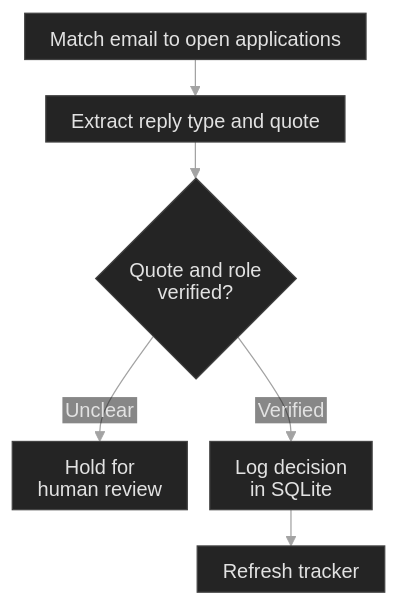
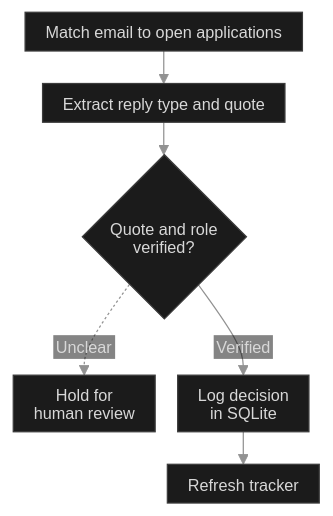
The diagram in diagrams/application-replies-compact.mmd (kazuall/finance-process-portfolio), drawn with Mermaid before and after one commit. The commit also changed 43 other files, not shown here.

```diff
--- a/diagrams/application-replies-compact.mmd
+++ b/diagrams/application-replies-compact.mmd
@@ -1,34 +1,34 @@
 ---
 config:
   theme: base
   htmlLabels: false
   themeVariables:
     darkMode: true
-    background: '#101010'
+    background: '#0a0a0a'
     fontFamily: 'Inter, -apple-system, BlinkMacSystemFont, Segoe UI, sans-serif'
-    fontSize: '16px'
-    primaryColor: '#242424'
-    primaryTextColor: '#e2e2e2'
-    primaryBorderColor: '#434343'
-    lineColor: '#a3a3a3'
-    edgeLabelBackground: '#101010'
-    textColor: '#cdcdcd'
+    fontSize: '13px'
+    primaryColor: '#1b1b1b'
+    primaryTextColor: '#d8d8d8'
+    primaryBorderColor: '#3c3c3c'
+    lineColor: '#929292'
+    edgeLabelBackground: '#0a0a0a'
+    textColor: '#d8d8d8'
   flowchart:
     htmlLabels: false
     useMaxWidth: false
     nodeSpacing: 18
-    rankSpacing: 29
-    wrappingWidth: 245
-    padding: 10
+    rankSpacing: 26
+    wrappingWidth: 220
+    padding: 8
     diagramPadding: 5
     curve: basis
-  themeCSS: 'text,tspan{font-family:system-ui,sans-serif!important}.node rect.label-container{rx:3px;ry:3px}.node rect,.node polygon,.flowchart-link{stroke-width:1px!important}.edgeLabel .labelBkg{fill:#101010!important;opacity:1!important}.edgeLabel text{fill:#c4c4c4!important}'
+  themeCSS: 'text,tspan{font-family:system-ui,sans-serif!important;font-weight:400!important}.node rect.label-container{rx:3px;ry:3px}.node rect,.node polygon,.flowchart-link{stroke-width:.85px!important}.edgeLabel .labelBkg{fill:#0a0a0a!important;opacity:1!important}.edgeLabel text{fill:#bebebe!important}'
 ---
 flowchart TB
   accTitle: Application replies
   accDescr: A local model extracts a reply type and quote. The tracker checks the quote against the message and identifies the specific role. Clear decisions are journalled in SQLite. Conflicting evidence goes to review.
   pages["Match email to open applications"] --> quote["Extract reply type and quote"]
   quote --> proof{"Quote and role<br/>verified?"}
-  proof -->|Unclear| review["Hold for<br/>human review"]
+  proof -.->|Unclear| review["Hold for<br/>human review"]
   proof -->|Verified| write["Log decision<br/>in SQLite"]
   write --> views["Refresh tracker"]
```
